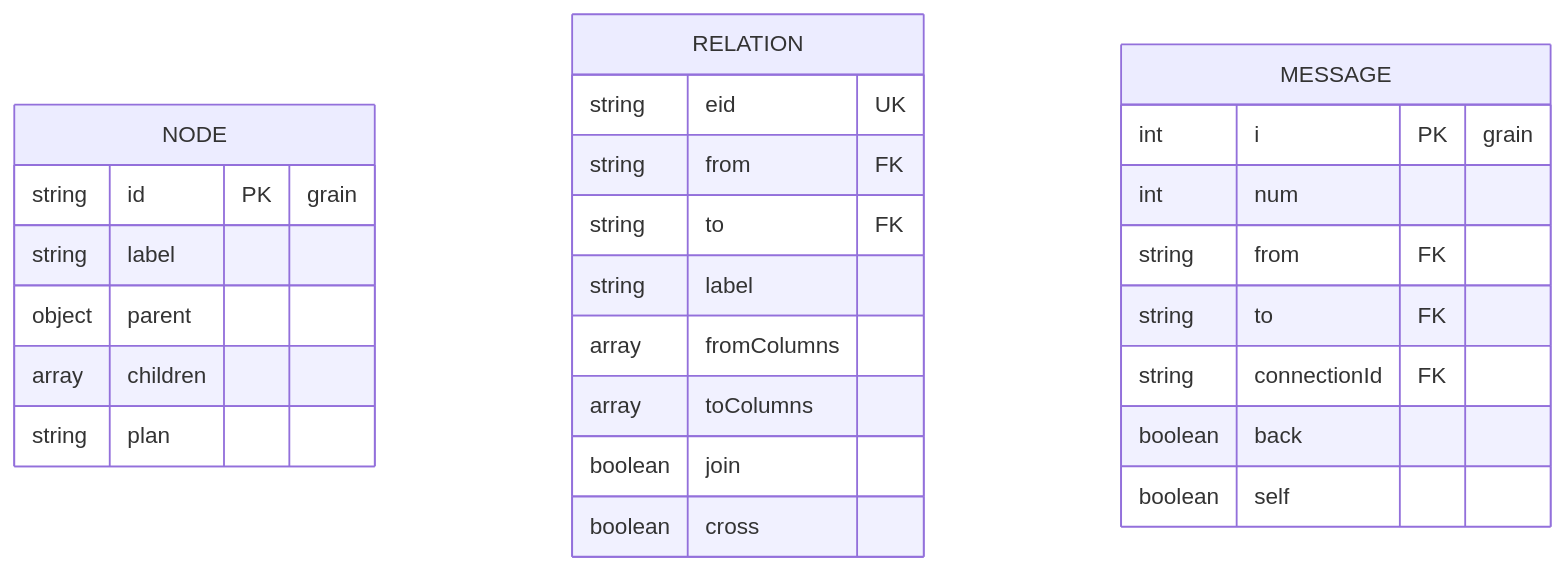
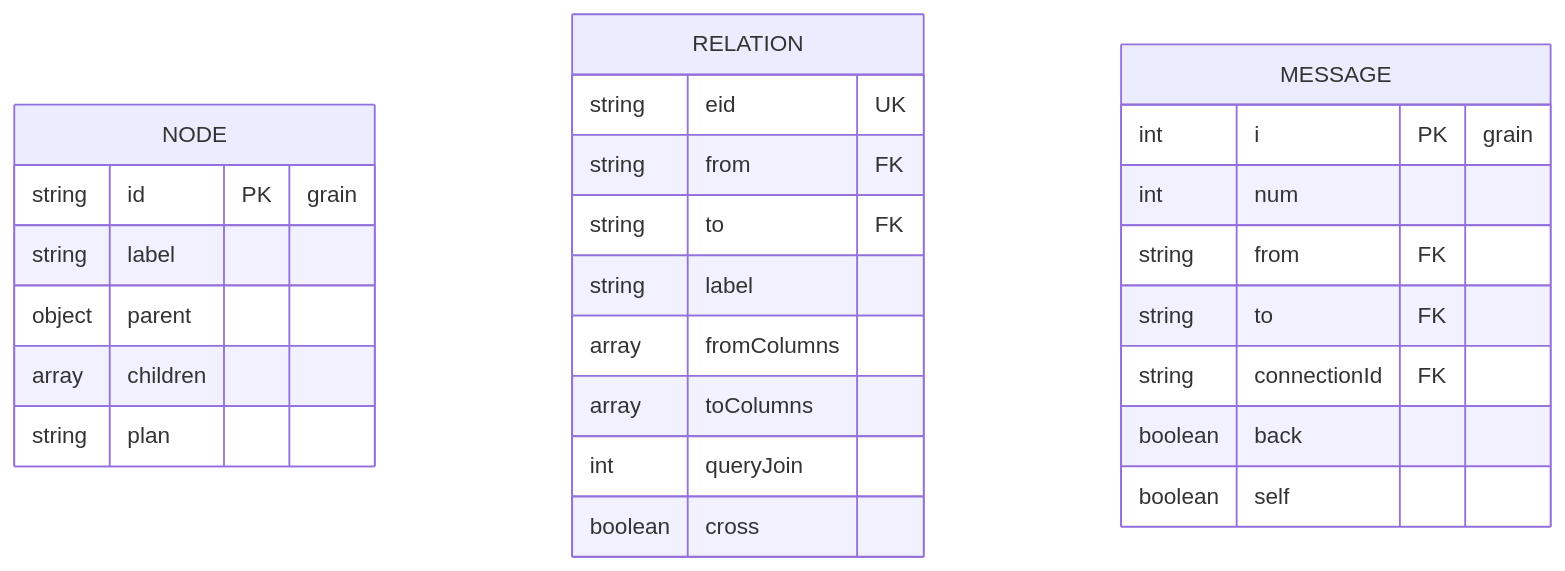
Before and after one commit to nvsravank/avagahana: diagram 15 of 17 in examples/maps/avagahana-architecture.md, drawn with Mermaid. The commit also changed other lines of this file and 55 other files, not shown here.

Commit message:
WO-19: query pictures, column perspectives, join migration

````diff
--- a/examples/maps/avagahana-architecture.md
+++ b/examples/maps/avagahana-architecture.md
@@ -864,31 +864,31 @@
 ```mermaid
 erDiagram
   NODE {
     string id PK "grain"
     string label
     object parent
     array children
     string plan
   }
   RELATION {
     string eid UK
     string from FK
     string to FK
     string label
     array fromColumns
     array toColumns
-    boolean join
+    int queryJoin
     boolean cross
   }
   MESSAGE {
     int i PK "grain"
     int num
     string from FK
     string to FK
     string connectionId FK
     boolean back
     boolean self
   }
   NODE:::master
   class RELATION,MESSAGE transaction
 ```
````
